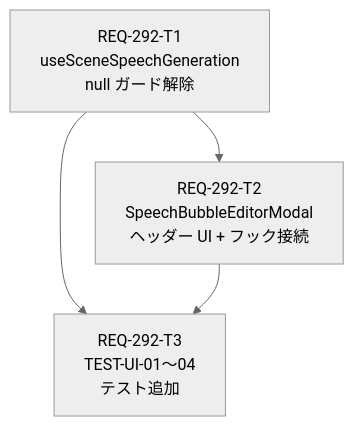
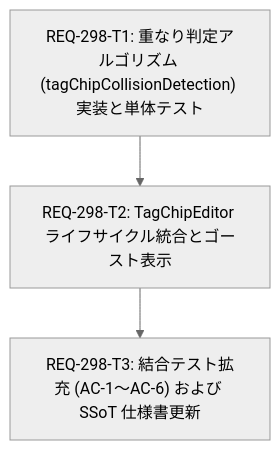
One commit to TAKE4548/comfy-create-helper2 changed the diagram in implementation_plan.md. Above: the diagram before and after it, drawn with Mermaid (neutral theme). The commit also changed other lines of this file and 14 other files, not shown here.

````diff
--- a/implementation_plan.md
+++ b/implementation_plan.md
@@ -17,10 +22,8 @@
 ```mermaid
 graph TD
-  T1["REQ-292-T1<br/>useSceneSpeechGeneration<br/>null ガード解除"]
-  T2["REQ-292-T2<br/>SpeechBubbleEditorModal<br/>ヘッダー UI + フック接続"]
-  T3["REQ-292-T3<br/>TEST-UI-01〜04<br/>テスト追加"]
-
+  T1["REQ-298-T1: 重なり判定アルゴリズム (tagChipCollisionDetection) 実装と単体テスト"]
+  T2["REQ-298-T2: TagChipEditor ライフサイクル統合とゴースト表示"]
+  T3["REQ-298-T3: 結合テスト拡充 (AC-1〜AC-6) および SSoT 仕様書更新"]
   T1 --> T2
-  T1 --> T3
   T2 --> T3
 ```
````
